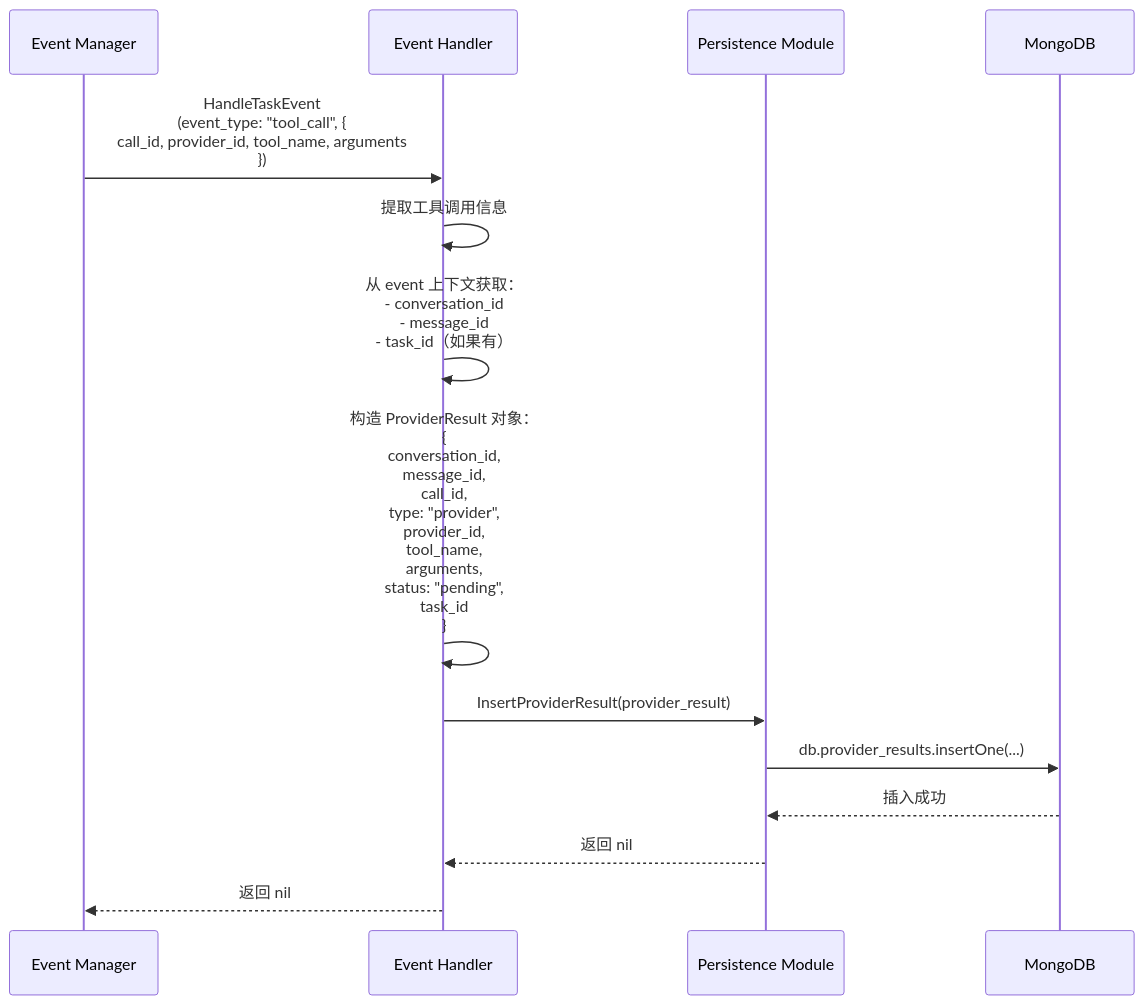
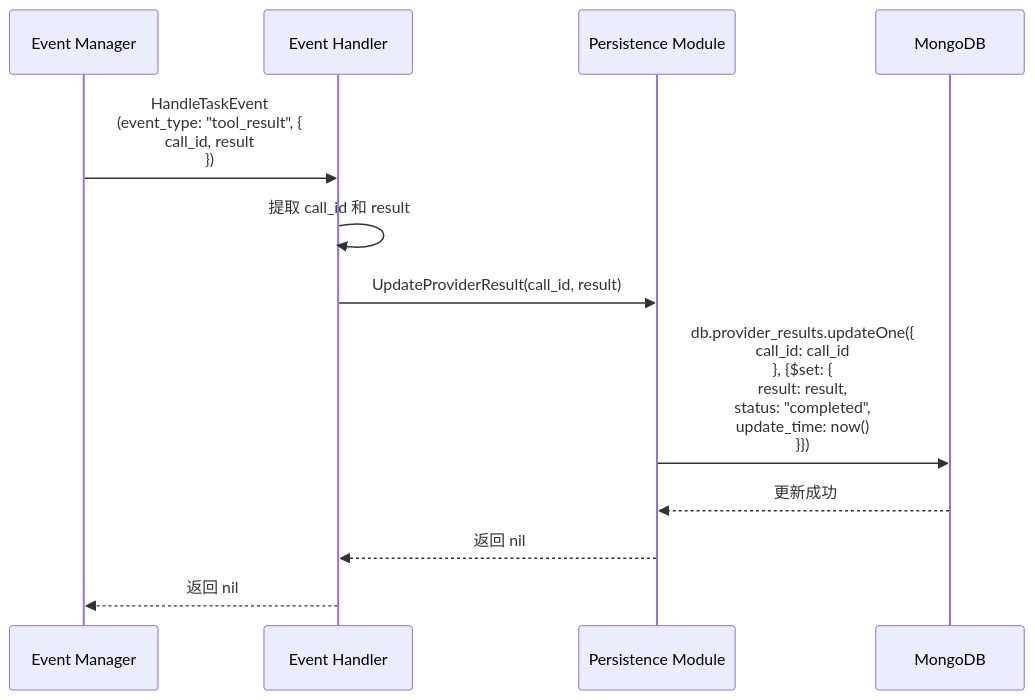
Before and after one commit to yingjianzh/iodraw-files: the diagram in all/未命名-10.md, drawn with Mermaid.

Commit message:
2025-12-25 11:21:56 update

````diff
--- a/all/未命名-10.md
+++ b/all/未命名-10.md
@@ -1,22 +1,18 @@
 ```mermaid
 sequenceDiagram
     participant EM as Event Manager
     participant EH as Event Handler
     participant Persist as Persistence Module
     participant DB as MongoDB
 
-    EM->>EH: HandleTaskEvent<br/>(event_type: "tool_call", {<br/>  call_id, provider_id, tool_name, arguments<br/>})
+    EM->>EH: HandleTaskEvent<br/>(event_type: "tool_result", {<br/>  call_id, result<br/>})
     
-    EH->>EH: 提取工具调用信息
+    EH->>EH: 提取 call_id 和 result
     
-    EH->>EH: 从 event 上下文获取：<br/>- conversation_id<br/>- message_id<br/>- task_id（如果有）
-    
-    EH->>EH: 构造 ProviderResult 对象：<br/>{<br/>  conversation_id,<br/>  message_id,<br/>  call_id,<br/>  type: "provider",<br/>  provider_id,<br/>  tool_name,<br/>  arguments,<br/>  status: "pending",<br/>  task_id<br/>}
-    
-    EH->>Persist: InsertProviderResult(provider_result)
-    Persist->>DB: db.provider_results.insertOne(...)
-    DB-->>Persist: 插入成功
+    EH->>Persist: UpdateProviderResult(call_id, result)
+    Persist->>DB: db.provider_results.updateOne({<br/>  call_id: call_id<br/>}, {$set: {<br/>  result: result,<br/>  status: "completed",<br/>  update_time: now()<br/>}})
+    DB-->>Persist: 更新成功
     
     Persist-->>EH: 返回 nil
     EH-->>EM: 返回 nil
 ```
````
